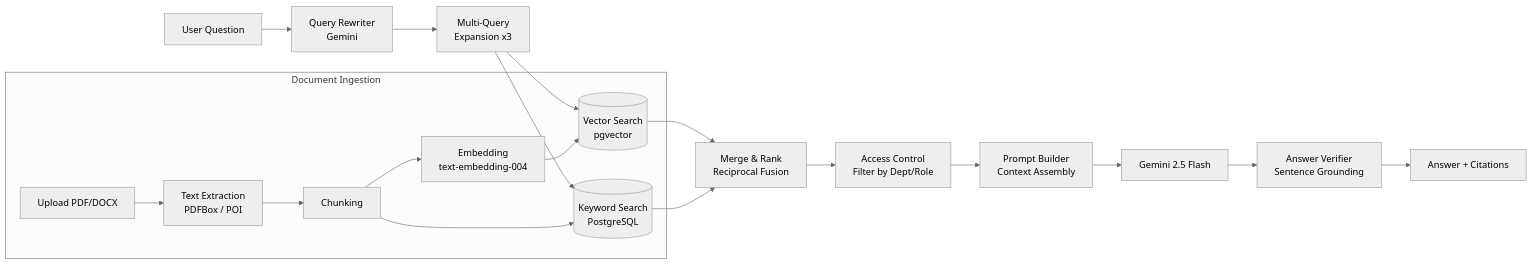
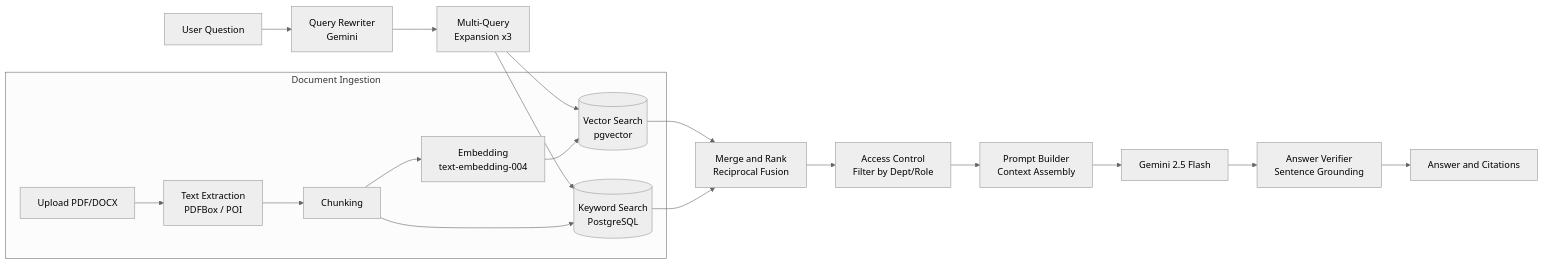
Before and after one commit to vedantkerkar68-blip/Secure-AI-Knowledge-Hub: the second of 2 diagrams in README.md, drawn with Mermaid (neutral theme). The commit also changed other lines of this file, not shown here.

Commit message:
docs: fix Mermaid architecture diagram

````diff
--- a/README.md
+++ b/README.md
@@ -120,25 +120,25 @@
 ```mermaid
 flowchart LR
-    Q[User Question] --> QR[Query Rewriter<br/>Gemini]
-    QR --> MQ[Multi-Query<br/>Expansion x3]
-    MQ --> VS[(Vector Search<br/>pgvector)]
-    MQ --> KW[(Keyword Search<br/>PostgreSQL)]
+    Q["User Question"] --> QR["Query Rewriter<br/>Gemini"]
+    QR --> MQ["Multi-Query<br/>Expansion x3"]
+    MQ --> VS[("Vector Search<br/>pgvector")]
+    MQ --> KW[("Keyword Search<br/>PostgreSQL")]
 
-    VS --> Merge[Merge & Rank<br/>Reciprocal Fusion]
+    VS --> Merge["Merge and Rank<br/>Reciprocal Fusion"]
     KW --> Merge
 
-    Merge --> Filter[Access Control<br/>Filter by Dept/Role]
-    Filter --> PB[Prompt Builder<br/>Context Assembly]
+    Merge --> Filter["Access Control<br/>Filter by Dept/Role"]
+    Filter --> PB["Prompt Builder<br/>Context Assembly"]
 
-    subgraph Documents [Document Ingestion]
-        UP[Upload PDF/DOCX] --> EX[Text Extraction<br/>PDFBox / POI]
-        EX --> CH[Chunking]
-        CH --> EM[Embedding<br/>text-embedding-004]
+    subgraph Documents ["Document Ingestion"]
+        UP["Upload PDF/DOCX"] --> EX["Text Extraction<br/>PDFBox / POI"]
+        EX --> CH["Chunking"]
+        CH --> EM["Embedding<br/>text-embedding-004"]
         EM --> VS
         CH --> KW
     end
 
-    PB --> Gen[Gemini 2.5 Flash]
-    Gen --> AV[Answer Verifier<br/>Sentence Grounding]
-    AV --> Resp[Answer + Citations]
+    PB --> Gen["Gemini 2.5 Flash"]
+    Gen --> AV["Answer Verifier<br/>Sentence Grounding"]
+    AV --> Resp["Answer and Citations"]
 ```
````
